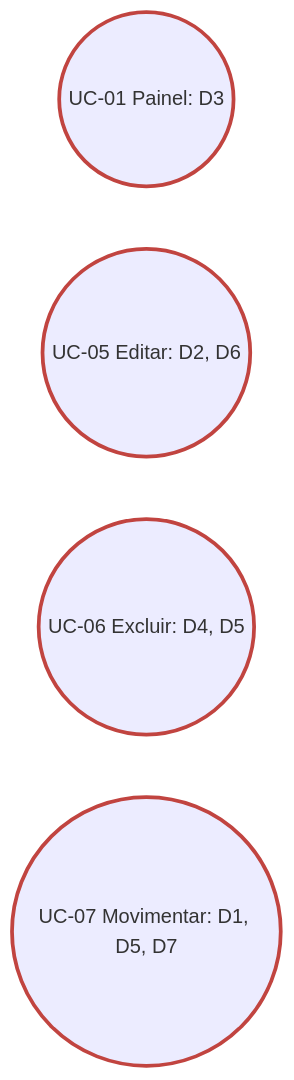
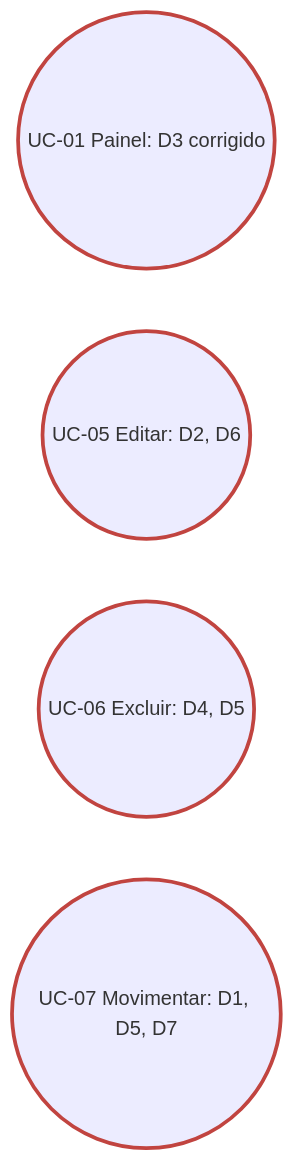
The second of 5 diagrams in docs/codigo/casos-de-uso.md (Ks7dev/StockLab---Upgrade), drawn with Mermaid before and after one commit. The commit also changed other lines of this file and 7 other files, not shown here.

````diff
--- a/docs/codigo/casos-de-uso.md
+++ b/docs/codigo/casos-de-uso.md
@@ -116,9 +116,9 @@
 ```mermaid
 flowchart LR
-  UC01(("UC-01 Painel: D3"))
+  UC01(("UC-01 Painel: D3 corrigido"))
   UC05(("UC-05 Editar: D2, D6"))
   UC06(("UC-06 Excluir: D4, D5"))
   UC07(("UC-07 Movimentar: D1, D5, D7"))
   classDef defeito stroke:#c14440,stroke-width:3px
   class UC01,UC05,UC06,UC07 defeito
 ```
````
